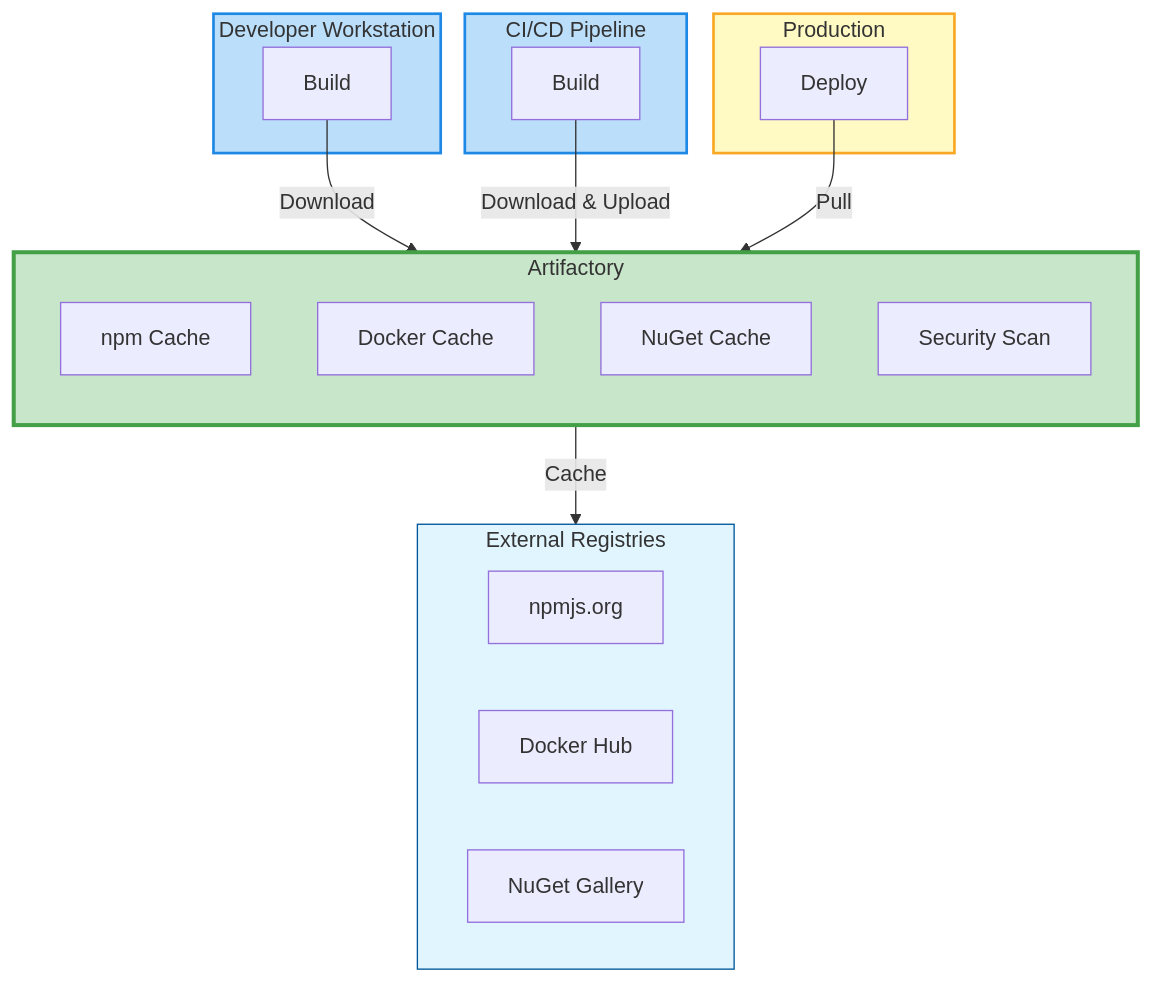
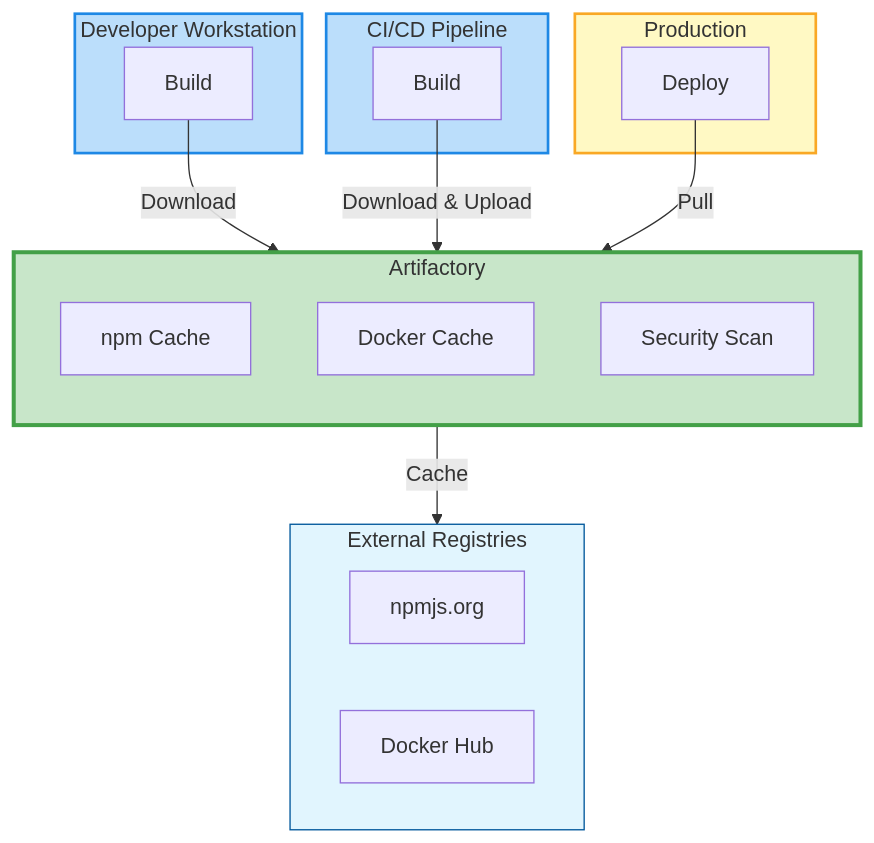
The second of 4 diagrams in slides/pages/dev-intro-artifactory.md (jeanparpaillon/tuto_devops_slides), drawn with Mermaid before and after one commit. The commit also changed other lines of this file, not shown here.

Commit message:
Remove NuGet references and improve Node.js/Docker focus in exercises

````diff
--- a/slides/pages/dev-intro-artifactory.md
+++ b/slides/pages/dev-intro-artifactory.md
@@ -84,39 +83,37 @@
 ```mermaid
 flowchart TB
   subgraph dev["Developer Workstation"]
     A[Build]
   end
   
   subgraph artifactory["Artifactory"]
     direction TB
     B[npm Cache]
     C[Docker Cache]
-    D[NuGet Cache]
-    E[Security Scan]
+    D[Security Scan]
   end
   
   subgraph internet["External Registries"]
-    F[npmjs.org]
-    G[Docker Hub]
-    H[NuGet Gallery]
+    E[npmjs.org]
+    F[Docker Hub]
   end
   
   subgraph ci["CI/CD Pipeline"]
-    I[Build]
+    G[Build]
   end
   
   subgraph prod["Production"]
-    J[Deploy]
+    H[Deploy]
   end
   
   A -->|Download| artifactory
-  I -->|Download & Upload| artifactory
-  J -->|Pull| artifactory
+  G -->|Download & Upload| artifactory
+  H -->|Pull| artifactory
   artifactory -->|Cache| internet
   
   style artifactory fill:#c8e6c9,stroke:#43a047,stroke-width:3px
   style internet fill:#e1f5fe,stroke:#01579b,stroke-width:1px
   style dev fill:#bbdefb,stroke:#1e88e5,stroke-width:2px
   style ci fill:#bbdefb,stroke:#1e88e5,stroke-width:2px
   style prod fill:#fff9c4,stroke:#f9a825,stroke-width:2px
 ```
````
